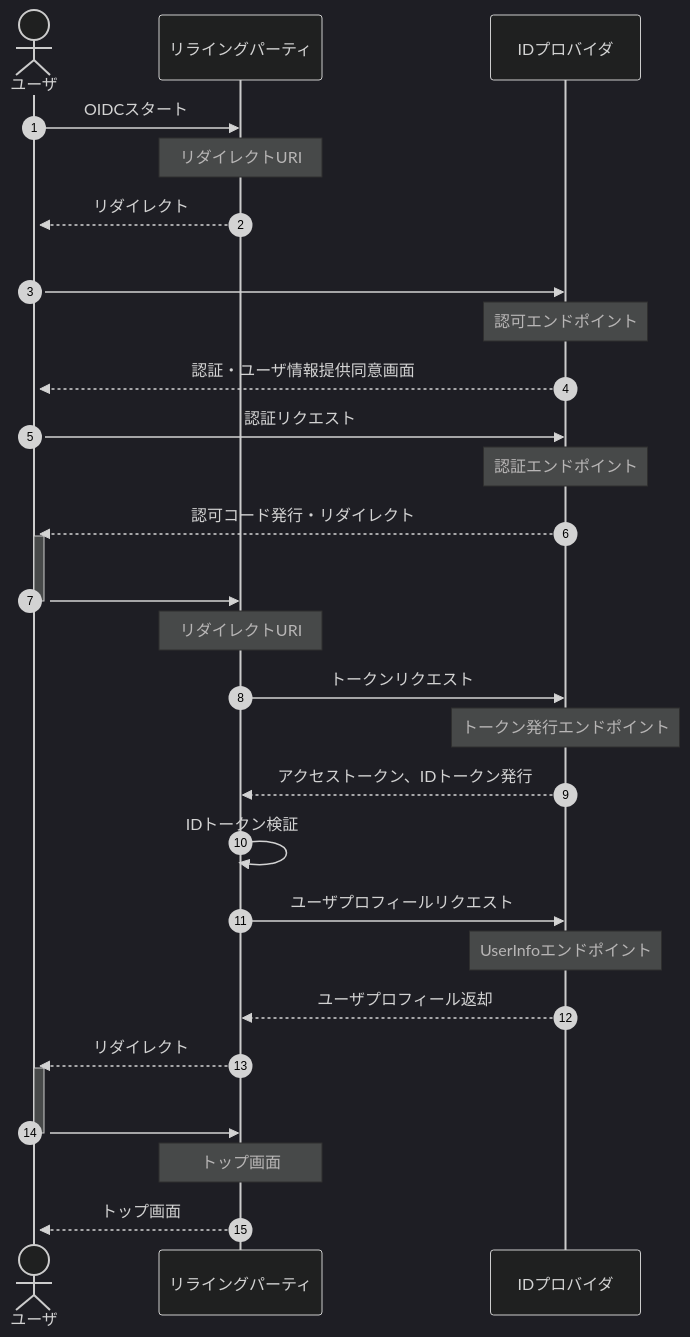
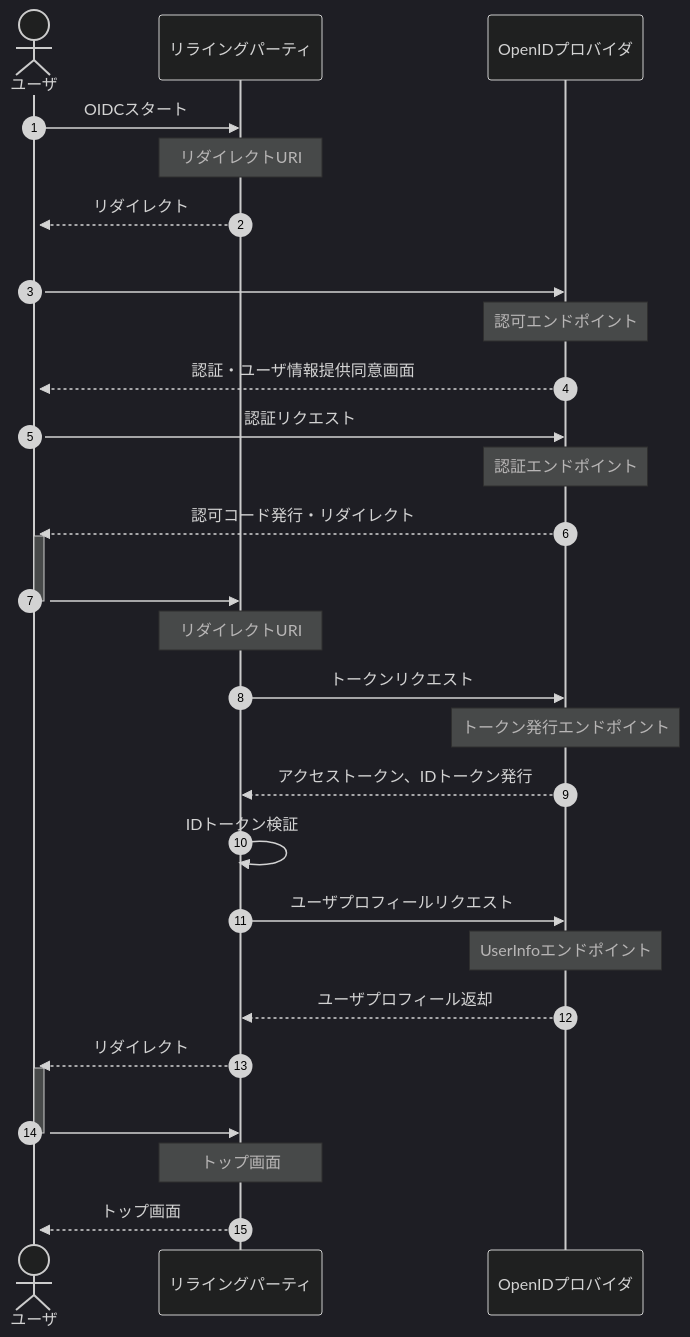
One commit to nob-islan/nob-openid-connect changed the diagram in docs/business-sequence.md. Above: the diagram before and after it, drawn with Mermaid. The commit also changed 1 other file, not shown here.

Commit message:
rp, op追加

````diff
--- a/docs/business-sequence.md
+++ b/docs/business-sequence.md
@@ -9,31 +9,31 @@
 ```mermaid
 %%{init:{'theme':'dark'}}%%
 sequenceDiagram
 autonumber
     actor user as ユーザ
     participant relying_party as リライングパーティ
-    participant id_provider as IDプロバイダ
+    participant oid_provider as OpenIDプロバイダ
 
     user->>relying_party: OIDCスタート
     Note over relying_party: リダイレクトURI
     relying_party-->>+user: リダイレクト
-    user->>id_provider: <br>
-    Note over id_provider: 認可エンドポイント
-    id_provider-->>user: 認証・ユーザ情報提供同意画面
-    user->>id_provider: 認証リクエスト
-    Note over id_provider: 認証エンドポイント
-    id_provider-->>+user: 認可コード発行・リダイレクト
+    user->>oid_provider: <br>
+    Note over oid_provider: 認可エンドポイント
+    oid_provider-->>user: 認証・ユーザ情報提供同意画面
+    user->>oid_provider: 認証リクエスト
+    Note over oid_provider: 認証エンドポイント
+    oid_provider-->>+user: 認可コード発行・リダイレクト
     user->>-relying_party: <br>
     Note over relying_party: リダイレクトURI
-    relying_party->>id_provider: トークンリクエスト
-    Note over id_provider: トークン発行エンドポイント
-    id_provider-->>relying_party: アクセストークン、IDトークン発行
+    relying_party->>oid_provider: トークンリクエスト
+    Note over oid_provider: トークン発行エンドポイント
+    oid_provider-->>relying_party: アクセストークン、IDトークン発行
     relying_party->>relying_party: IDトークン検証
-    relying_party->>id_provider: ユーザプロフィールリクエスト
-    Note over id_provider: UserInfoエンドポイント
-    id_provider-->>relying_party: ユーザプロフィール返却
+    relying_party->>oid_provider: ユーザプロフィールリクエスト
+    Note over oid_provider: UserInfoエンドポイント
+    oid_provider-->>relying_party: ユーザプロフィール返却
     relying_party-->>+user: リダイレクト
     user->>-relying_party: <br>
     Note over relying_party: トップ画面
     relying_party-->>+user: トップ画面
 ```
````
